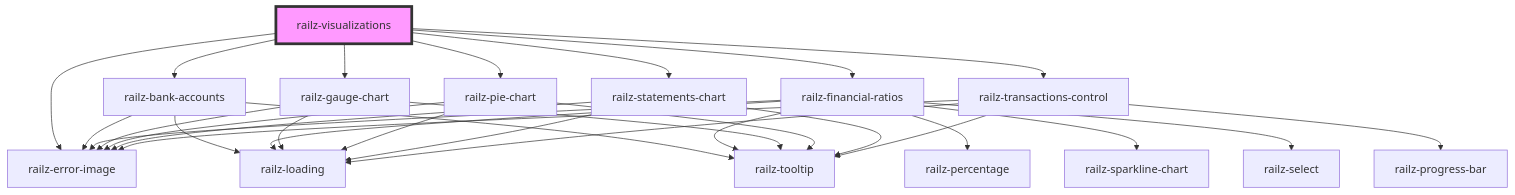
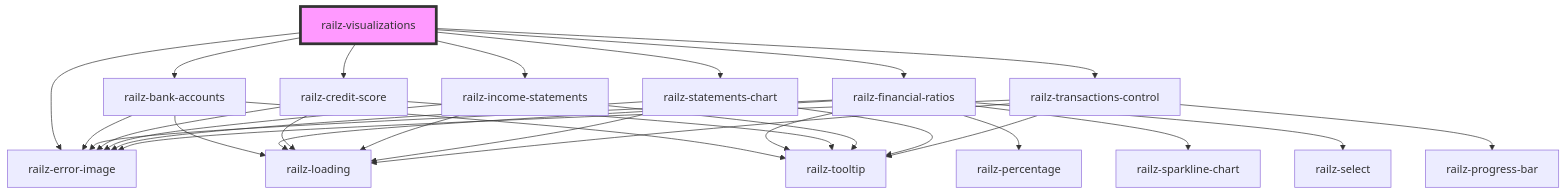
One commit to railz-ai/railz-visualizations changed the diagram in packages/components/src/elements/core/readme.md. Above: the diagram before and after it, drawn with Mermaid. The commit also changed other lines of this file and 86 other files, not shown here.

````diff
--- a/packages/components/src/elements/core/readme.md
+++ b/packages/components/src/elements/core/readme.md
@@ -27,33 +27,33 @@
 ```mermaid
 graph TD;
   railz-visualizations --> railz-error-image
   railz-visualizations --> railz-bank-accounts
   railz-visualizations --> railz-financial-ratios
-  railz-visualizations --> railz-gauge-chart
-  railz-visualizations --> railz-pie-chart
+  railz-visualizations --> railz-credit-score
+  railz-visualizations --> railz-income-statements
   railz-visualizations --> railz-statements-chart
   railz-visualizations --> railz-transactions-control
   railz-bank-accounts --> railz-error-image
   railz-bank-accounts --> railz-loading
   railz-bank-accounts --> railz-tooltip
   railz-financial-ratios --> railz-error-image
   railz-financial-ratios --> railz-loading
   railz-financial-ratios --> railz-tooltip
   railz-financial-ratios --> railz-percentage
   railz-financial-ratios --> railz-sparkline-chart
   railz-financial-ratios --> railz-select
-  railz-gauge-chart --> railz-error-image
-  railz-gauge-chart --> railz-loading
-  railz-gauge-chart --> railz-tooltip
-  railz-pie-chart --> railz-error-image
-  railz-pie-chart --> railz-loading
-  railz-pie-chart --> railz-tooltip
+  railz-credit-score --> railz-error-image
+  railz-credit-score --> railz-loading
+  railz-credit-score --> railz-tooltip
+  railz-income-statements --> railz-error-image
+  railz-income-statements --> railz-loading
+  railz-income-statements --> railz-tooltip
   railz-statements-chart --> railz-error-image
   railz-statements-chart --> railz-loading
   railz-statements-chart --> railz-tooltip
   railz-transactions-control --> railz-error-image
   railz-transactions-control --> railz-loading
   railz-transactions-control --> railz-progress-bar
   railz-transactions-control --> railz-tooltip
   style railz-visualizations fill:#f9f,stroke:#333,stroke-width:4px
 ```
````
